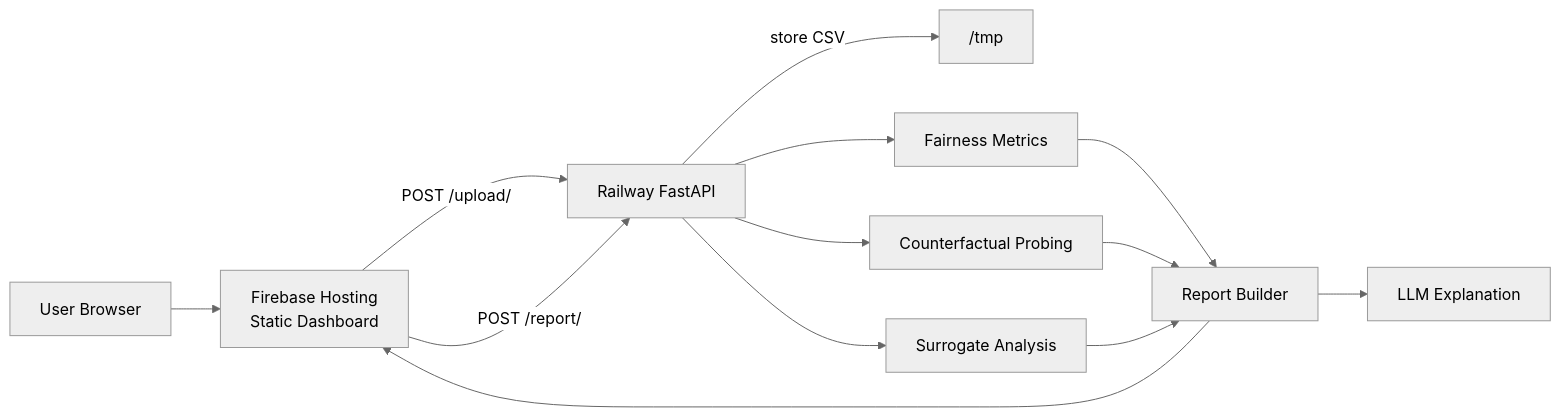
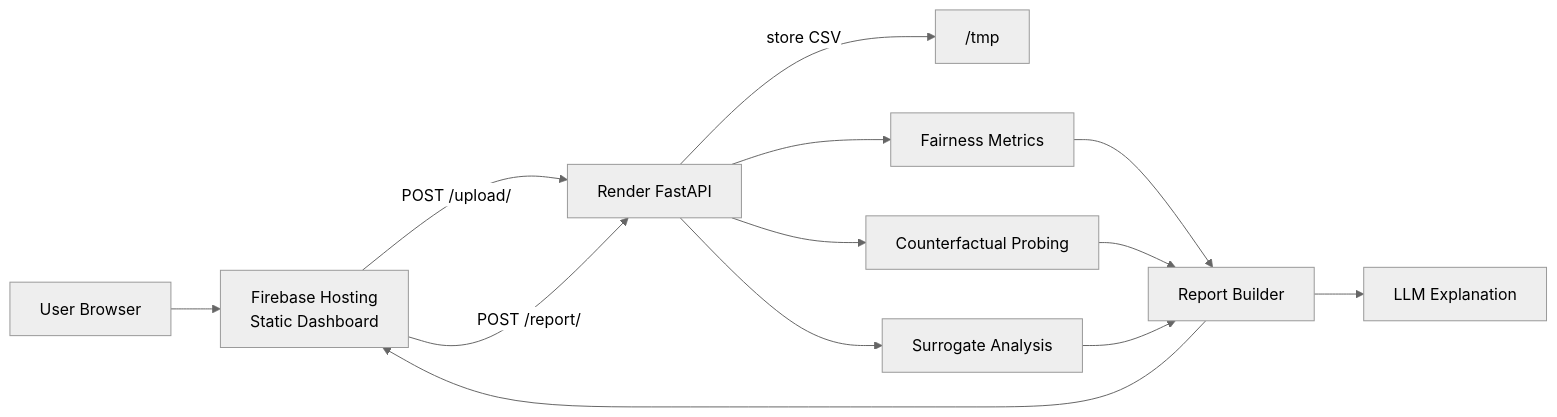
One commit to haddybhaiya/audit changed the first of 2 diagrams in README.md. Above: the diagram before and after it, drawn with Mermaid (neutral theme). The commit also changed other lines of this file and 2 other files, not shown here.

Commit message:
fix: update backend references from Railway to Render in documentation and code

````diff
--- a/README.md
+++ b/README.md
@@ -22,15 +22,15 @@
 ```mermaid
 flowchart LR
   A[User Browser] --> B[Firebase Hosting<br/>Static Dashboard]
-  B -->|POST /upload/| C[Railway FastAPI]
+  B -->|POST /upload/| C[Render FastAPI]
   C -->|store CSV| D["/tmp"]
   B -->|POST /report/| C
   C --> E[Fairness Metrics]
   C --> F[Counterfactual Probing]
   C --> G[Surrogate Analysis]
   E --> H[Report Builder]
   F --> H
   G --> H
   H --> I[LLM Explanation]
   H --> B
 ```
````
